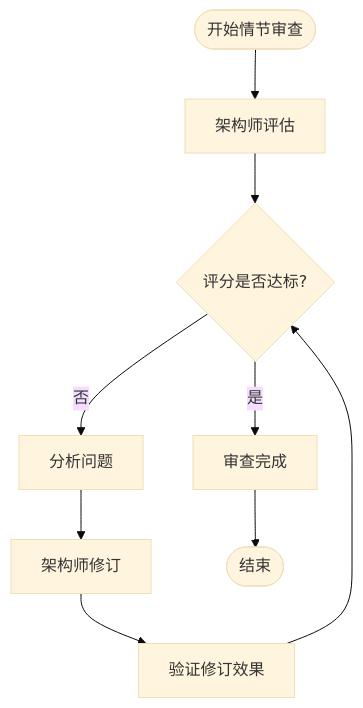
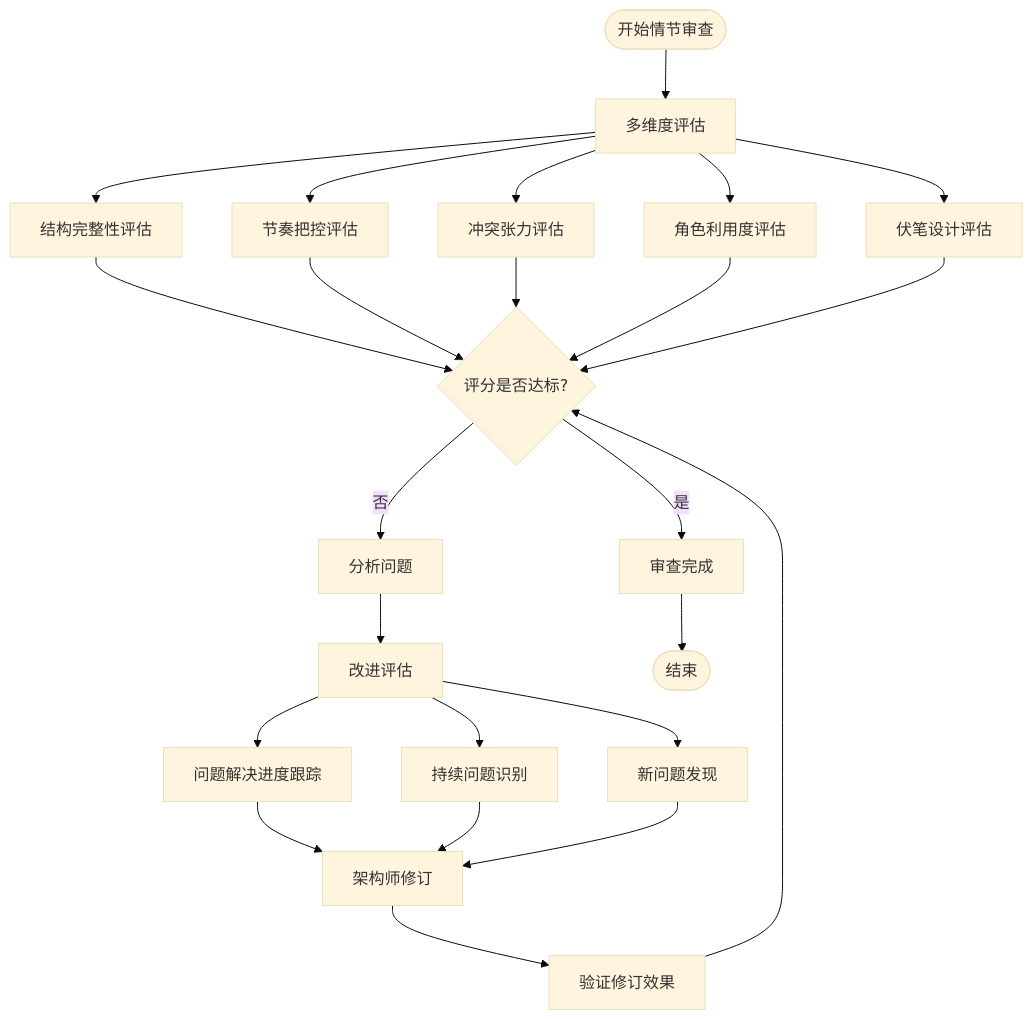
One commit to xfbyxq/ai-novel-system changed the third of 9 diagrams in .qoder/repowiki/zh/content/AI智能体系统/情节审查处理器.md. Above: the diagram before and after it, drawn with Mermaid (base theme). The commit also changed other lines of this file and 10 other files, not shown here.

````diff
--- a/.qoder/repowiki/zh/content/AI智能体系统/情节审查处理器.md
+++ b/.qoder/repowiki/zh/content/AI智能体系统/情节审查处理器.md
@@ -134,11 +145,26 @@
 ```mermaid
 flowchart TD
-Start([开始情节审查]) --> Evaluate[架构师评估]
-Evaluate --> Score{评分是否达标?}
+Start([开始情节审查]) --> MultiDimensional[多维度评估]
+MultiDimensional --> Structure[结构完整性评估]
+MultiDimensional --> Pacing[节奏把控评估]
+MultiDimensional --> Conflict[冲突张力评估]
+MultiDimensional --> CharacterUsage[角色利用度评估]
+MultiDimensional --> Foreshadowing[伏笔设计评估]
+Structure --> Score{评分是否达标?}
+Pacing --> Score
+Conflict --> Score
+CharacterUsage --> Score
+Foreshadowing --> Score
 Score --> |是| Complete[审查完成]
 Score --> |否| Analyze[分析问题]
-Analyze --> Architect[架构师修订]
+Analyze --> ImprovementAssessment[改进评估]
+ImprovementAssessment --> IssuesResolved[问题解决进度跟踪]
+ImprovementAssessment --> IssuesRemaining[持续问题识别]
+ImprovementAssessment --> NewIssues[新问题发现]
+IssuesResolved --> Architect[架构师修订]
+IssuesRemaining --> Architect
+NewIssues --> Architect
 Architect --> Validate[验证修订效果]
 Validate --> Score
 Complete --> End([结束])
 ```
````
